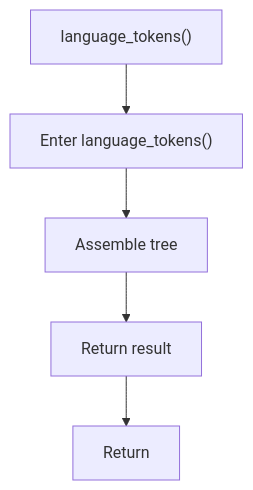
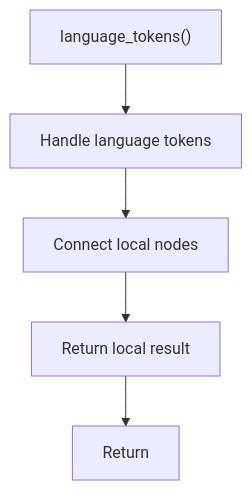
One commit to JohnAndrewBalbarosa/NeoTerritory changed the fourth of 5 diagrams in docs/Codebase/Microservice/Modules/Source/Analysis/Lexical/language_tokens.cpp.md. Above: the diagram before and after it, drawn with Mermaid. The commit also changed other lines of this file and 915 other files, not shown here.

````diff
--- a/docs/Codebase/Microservice/Modules/Source/Analysis/Lexical/language_tokens.cpp.md
+++ b/docs/Codebase/Microservice/Modules/Source/Analysis/Lexical/language_tokens.cpp.md
@@ -124,12 +123,12 @@
 ```mermaid
 flowchart TD
     Start["language_tokens()"]
-    N0["Enter language_tokens()"]
-    N1["Assemble tree"]
-    N2["Return result"]
+    N0["Handle language tokens"]
+    N1["Connect local nodes"]
+    N2["Return local result"]
     End["Return"]
     Start --> N0
     N0 --> N1
     N1 --> N2
     N2 --> End
 ```
````
